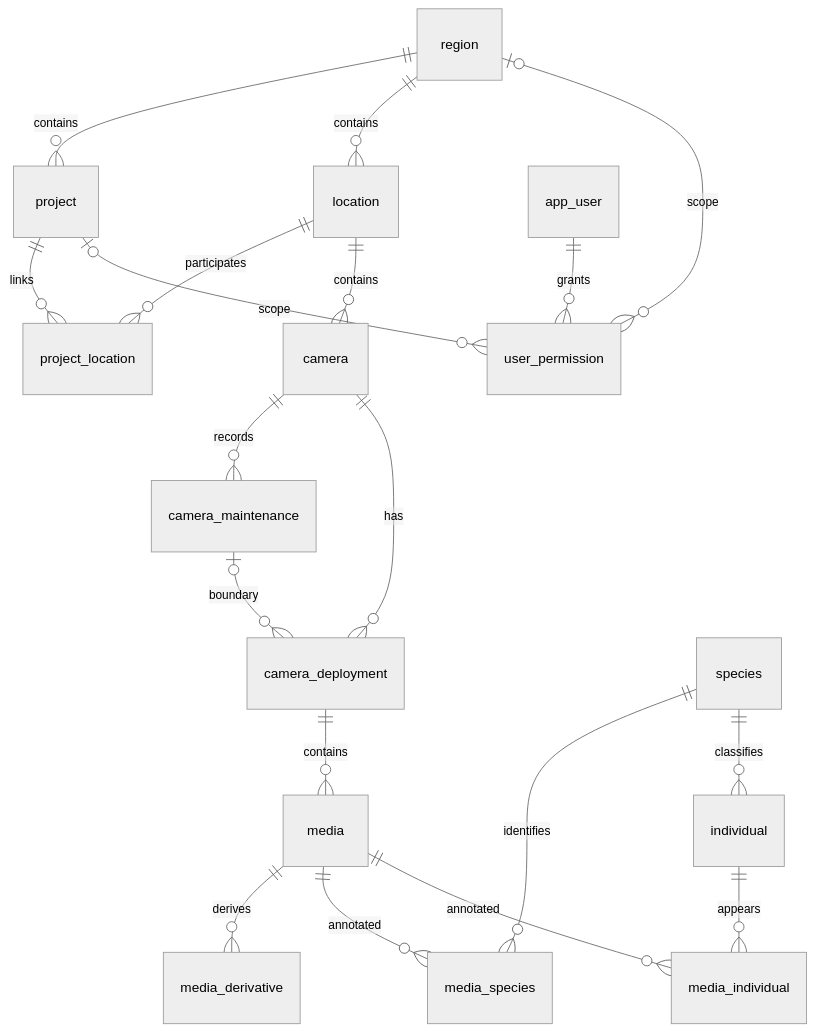
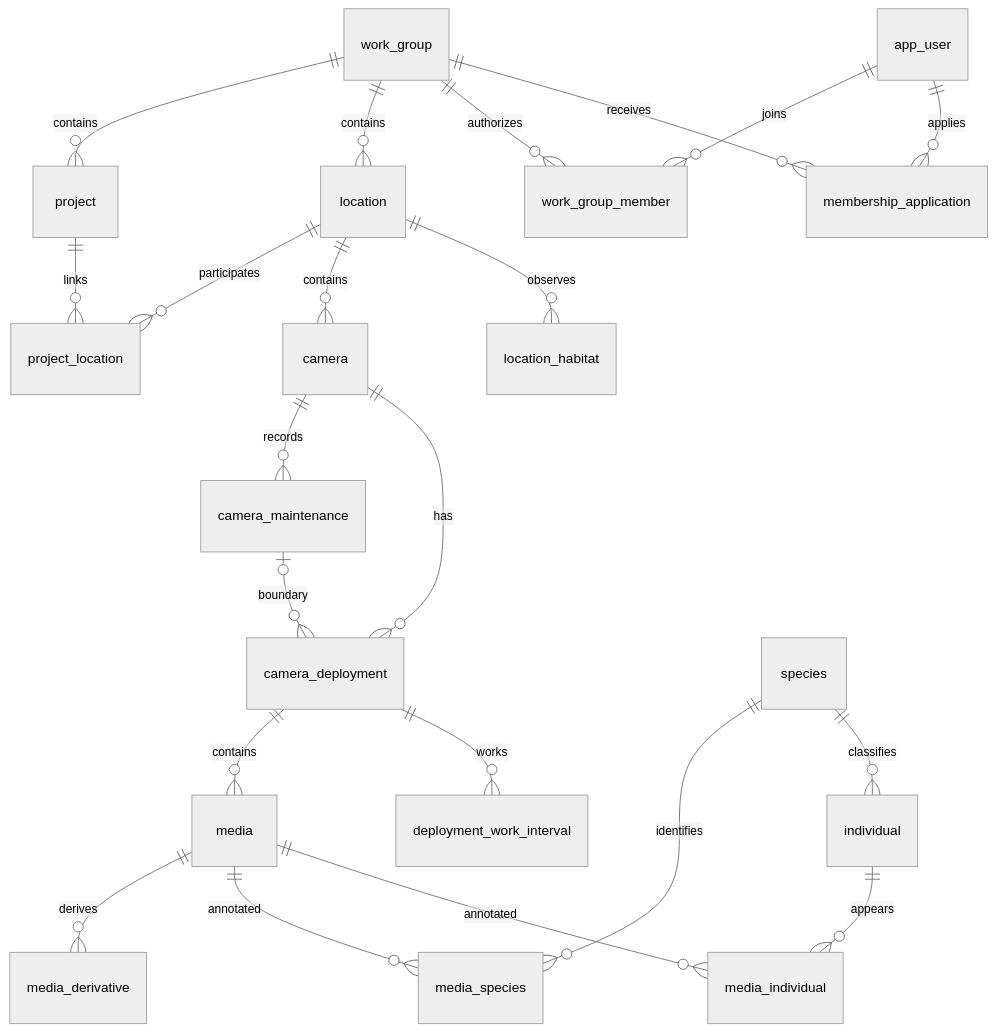
Before and after one commit to xuneree/WildlifeDATA: the diagram in docs/database/wildlife_database_design_v1_5.md, drawn with Mermaid (neutral theme). The commit also changed other lines of this file and 10 other files, not shown here.

````diff
--- a/docs/database/wildlife_database_design_v1_5.md
+++ b/docs/database/wildlife_database_design_v1_5.md
@@ -67,21 +71,24 @@
 ```mermaid
 erDiagram
-    region ||--o{ project : contains
-    region ||--o{ location : contains
+    work_group ||--o{ project : contains
+    work_group ||--o{ location : contains
     project ||--o{ project_location : links
     location ||--o{ project_location : participates
     location ||--o{ camera : contains
     camera ||--o{ camera_maintenance : records
     camera ||--o{ camera_deployment : has
     camera_maintenance o|--o{ camera_deployment : boundary
     camera_deployment ||--o{ media : contains
     media ||--o{ media_derivative : derives
     media ||--o{ media_species : annotated
     species ||--o{ media_species : identifies
     media ||--o{ media_individual : annotated
     individual ||--o{ media_individual : appears
     species ||--o{ individual : classifies
-    app_user ||--o{ user_permission : grants
-    region o|--o{ user_permission : scope
-    project o|--o{ user_permission : scope
+    app_user ||--o{ work_group_member : joins
+    work_group ||--o{ work_group_member : authorizes
+    app_user ||--o{ membership_application : applies
+    work_group ||--o{ membership_application : receives
+    location ||--o{ location_habitat : observes
+    camera_deployment ||--o{ deployment_work_interval : works
 ```
````
